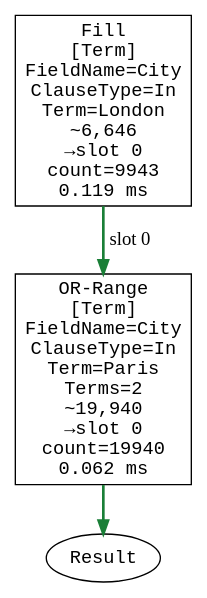
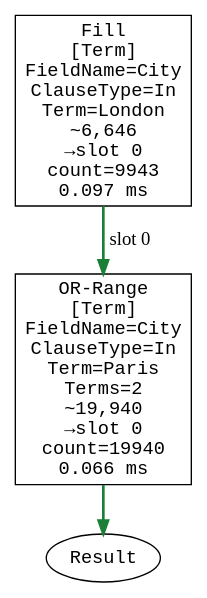
One commit to ayende/ravendb changed diagram 11 of 44 in corax-query-catalog.md. Above: the diagram before and after it, drawn with Graphviz. The commit also changed other lines of this file and 1 other file, not shown here.

First line of the commit message:
RavenDB-25281 Regenerate query catalog for producer-node rendering

````diff
--- a/corax-query-catalog.md
+++ b/corax-query-catalog.md
@@ -981,11 +981,11 @@
 ```dot
 digraph QueryPlan {
   rankdir=TB;
-  node [shape=box, fontname="monospace"];
-  op0 [label="Fill\n[Term]\nFieldName=City\nClauseType=In\nTerm=London\n~6,646\n→slot 0\ncount=9943\n0.119 ms", data_destslot="0", data_dispatch="Term", data_fieldname="City", data_term="London", data_clausetype="In", data_estimatedrows="6,646", data_count="9943", data_ms="0.119"];
-  op1 [label="OR-Range\n[Term]\nFieldName=City\nClauseType=In\nTerm=Paris\nTerms=2\n~19,940\n→slot 0\ncount=19940\n0.062 ms", data_destslot="0", data_dispatch="Term", data_fieldname="City", data_term="Paris", data_clausetype="In", data_estimatedrows="19,940", data_count="19940", data_ms="0.062", data_terms="2"];
-  result [shape=ellipse, label="Result"];
-  op0 -> op1 [style=bold, color="#1a7f37", label="slot 0"];
-  op1 -> result [style=bold, color="#1a7f37"];
+  node [shape="box", fontname="monospace"];
+  op0 [label="Fill\n[Term]\nFieldName=City\nClauseType=In\nTerm=London\n~6,646\n→slot 0\ncount=9943\n0.097 ms", data_operation="Fill", data_destslot="0", data_dispatch="Term", data_fieldname="City", data_term="London", data_clausetype="In", data_estimatedrows="6,646", data_count="9943", data_ms="0.097", data_taken="True"];
+  op1 [label="OR-Range\n[Term]\nFieldName=City\nClauseType=In\nTerm=Paris\nTerms=2\n~19,940\n→slot 0\ncount=19940\n0.066 ms", data_operation="OR-Range", data_destslot="0", data_dispatch="Term", data_fieldname="City", data_term="Paris", data_clausetype="In", data_estimatedrows="19,940", data_count="19940", data_ms="0.066", data_terms="2", data_taken="True"];
+  result [shape="ellipse", label="Result", data_operation="Result"];
+  op0 -> op1 [style="bold", color="#1a7f37", label="slot 0", data_kind="dataflow", data_slot="0", data_flow="on"];
+  op1 -> result [style="bold", color="#1a7f37", data_kind="result", data_variant="bitmap-final", data_flow="on"];
 }
 ```
````
